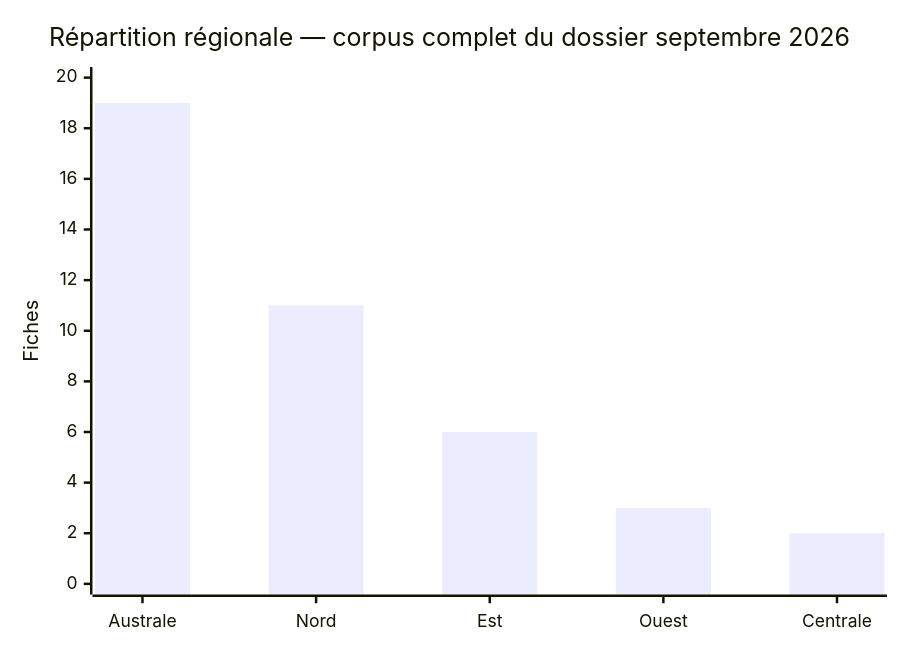
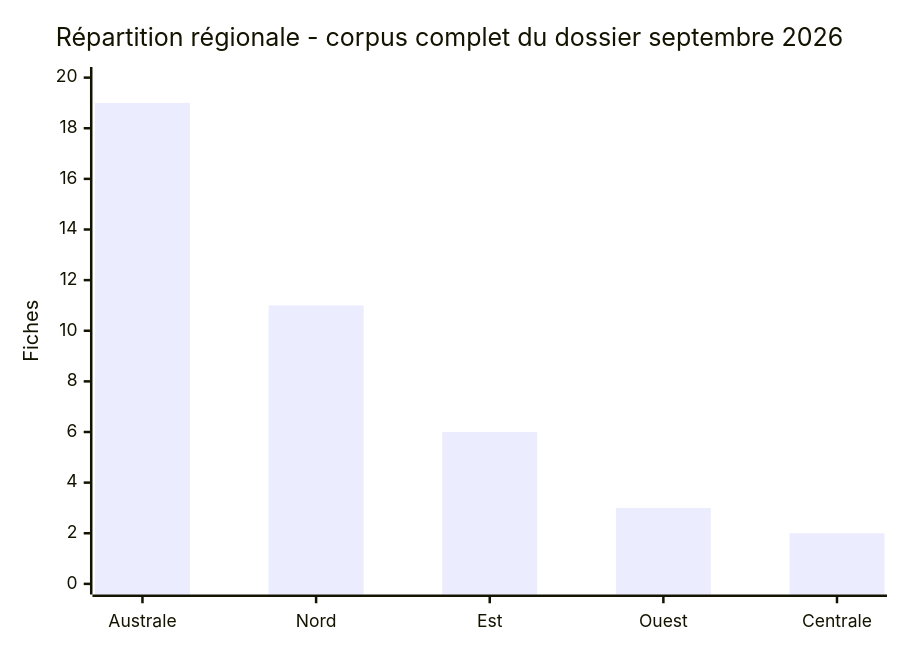
The fifth of 10 diagrams in CyberAttackAfrica/2026/09-september/README_FR.md (Hatchepsoute/AFRINTEL), drawn with Mermaid before and after one commit. The commit also changed other lines of this file and 35 other files, not shown here.

````diff
--- a/CyberAttackAfrica/2026/09-september/README_FR.md
+++ b/CyberAttackAfrica/2026/09-september/README_FR.md
@@ -178,7 +178,7 @@
 ```mermaid
 xychart-beta
-    title "Répartition régionale — corpus complet du dossier septembre 2026"
+    title "Répartition régionale  -  corpus complet du dossier septembre 2026"
     x-axis [Australe, Nord, Est, Ouest, Centrale]
     y-axis "Fiches" 0 --> 20
     bar [19, 11, 6, 3, 2]
 ```
````
